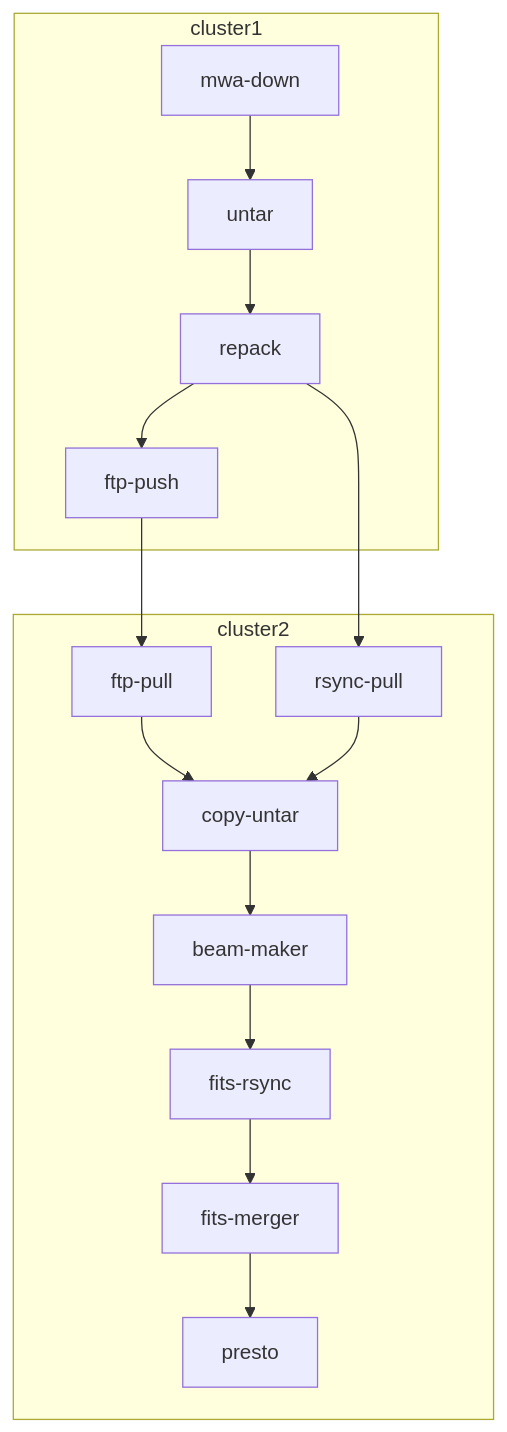
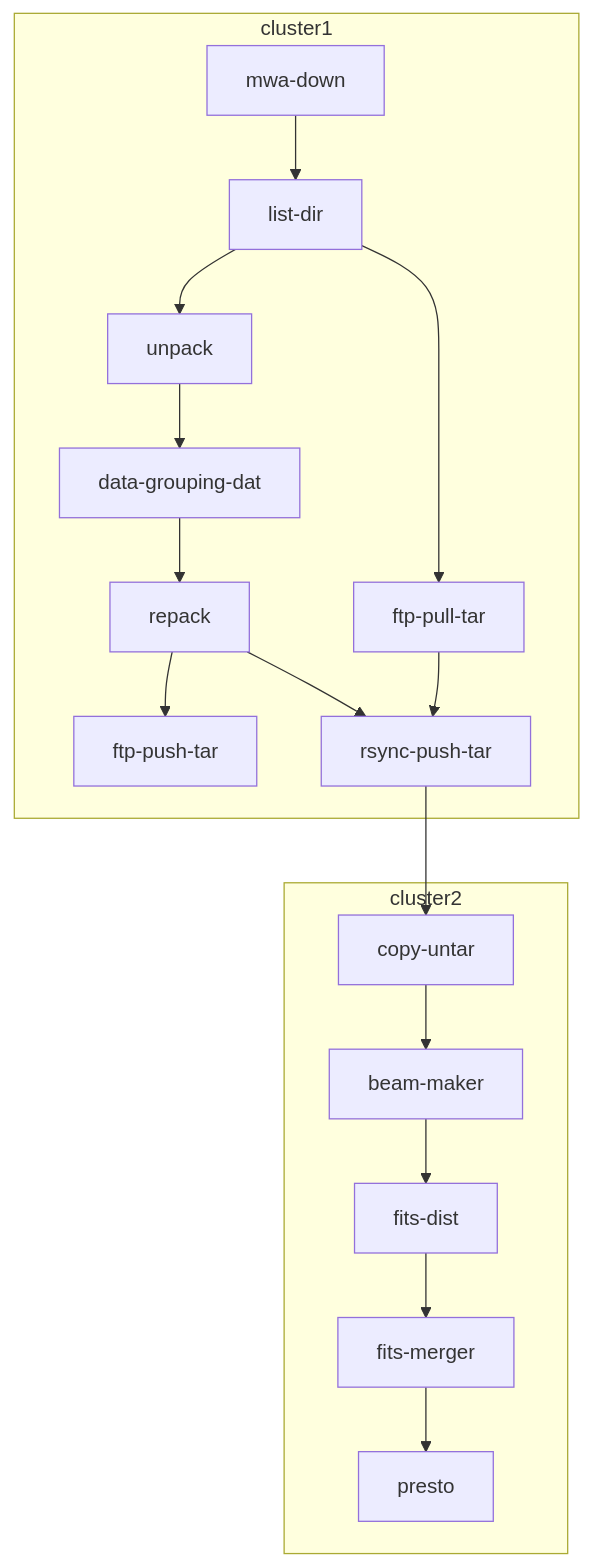
One commit to kaichao/app-mwa changed the third of 3 diagrams in README.md. Above: the diagram before and after it, drawn with Mermaid. The commit also changed 11 other files, not shown here.

````diff
--- a/README.md
+++ b/README.md
@@ -146,31 +146,35 @@
 ```mermaid
 
 flowchart TB
-  mwa-down --> untar
-  untar --> repack
-  repack --> ftp-push
-  ftp-push --> ftp-pull
-  ftp-pull --> copy-untar
-  repack --> rsync-pull
-  rsync-pull --> copy-untar
+  mwa-down --> list-dir
+  list-dir --> unpack
+  list-dir --> ftp-pull-tar
+  unpack --> data-grouping-dat
+  data-grouping-dat --> repack
+  repack --> ftp-push-tar
+  repack --> rsync-push-tar
+  ftp-pull-tar --> rsync-push-tar
+  rsync-push-tar --> copy-untar
   copy-untar --> beam-maker
-  beam-maker --> fits-rsync
-  fits-rsync --> fits-merger
+  beam-maker --> fits-dist
+  fits-dist --> fits-merger
   fits-merger --> presto
   subgraph cluster2
-    ftp-pull
-    rsync-pull
     copy-untar
     beam-maker
-    fits-rsync
+    fits-dist
     fits-merger
     presto
   end
   subgraph cluster1
     mwa-down
-    untar
+    list-dir
+    unpack
+    data-grouping-dat
     repack
-    ftp-push
+    ftp-push-tar
+    rsync-push-tar
+    ftp-pull-tar
   end
   
   ```
````
